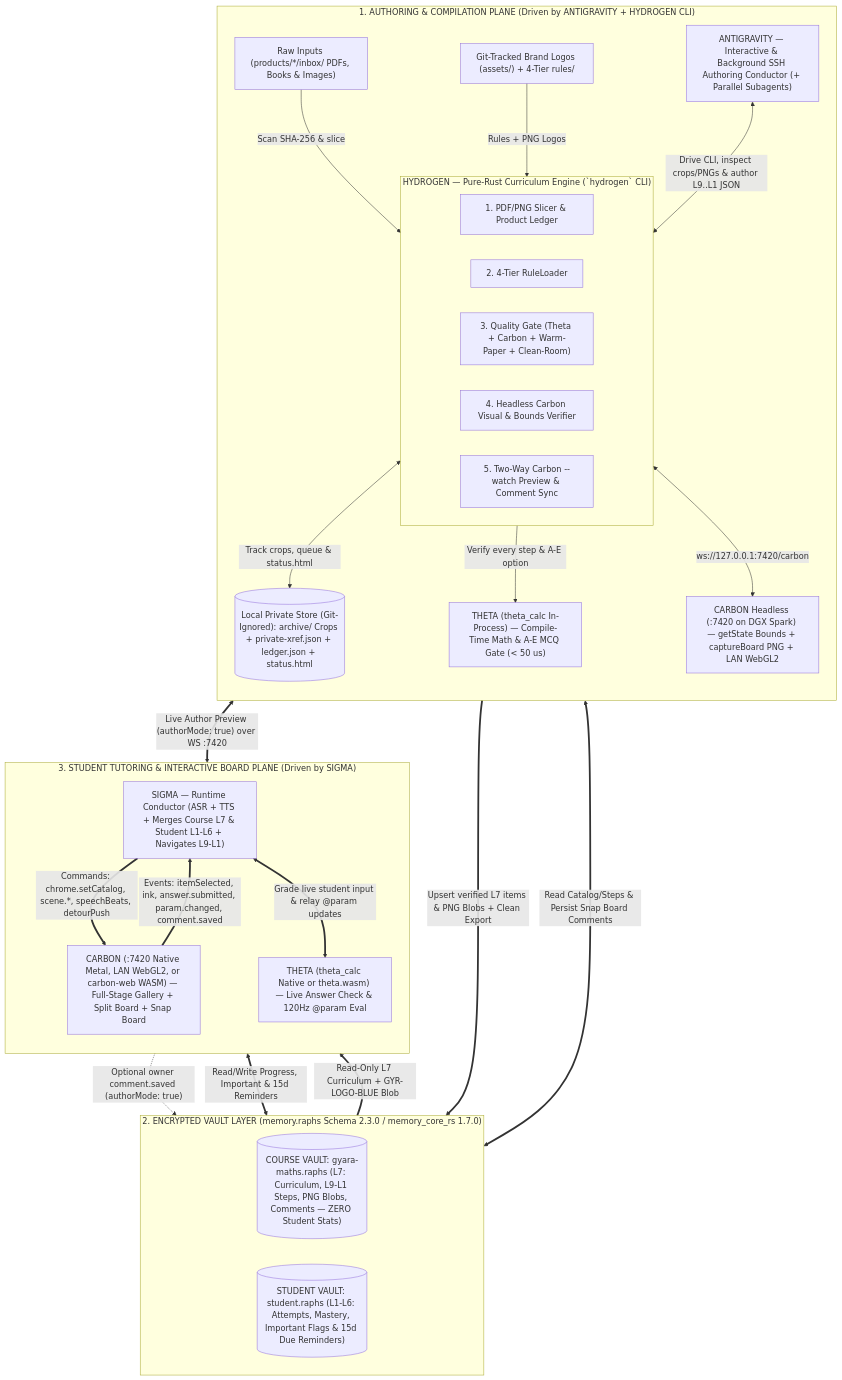
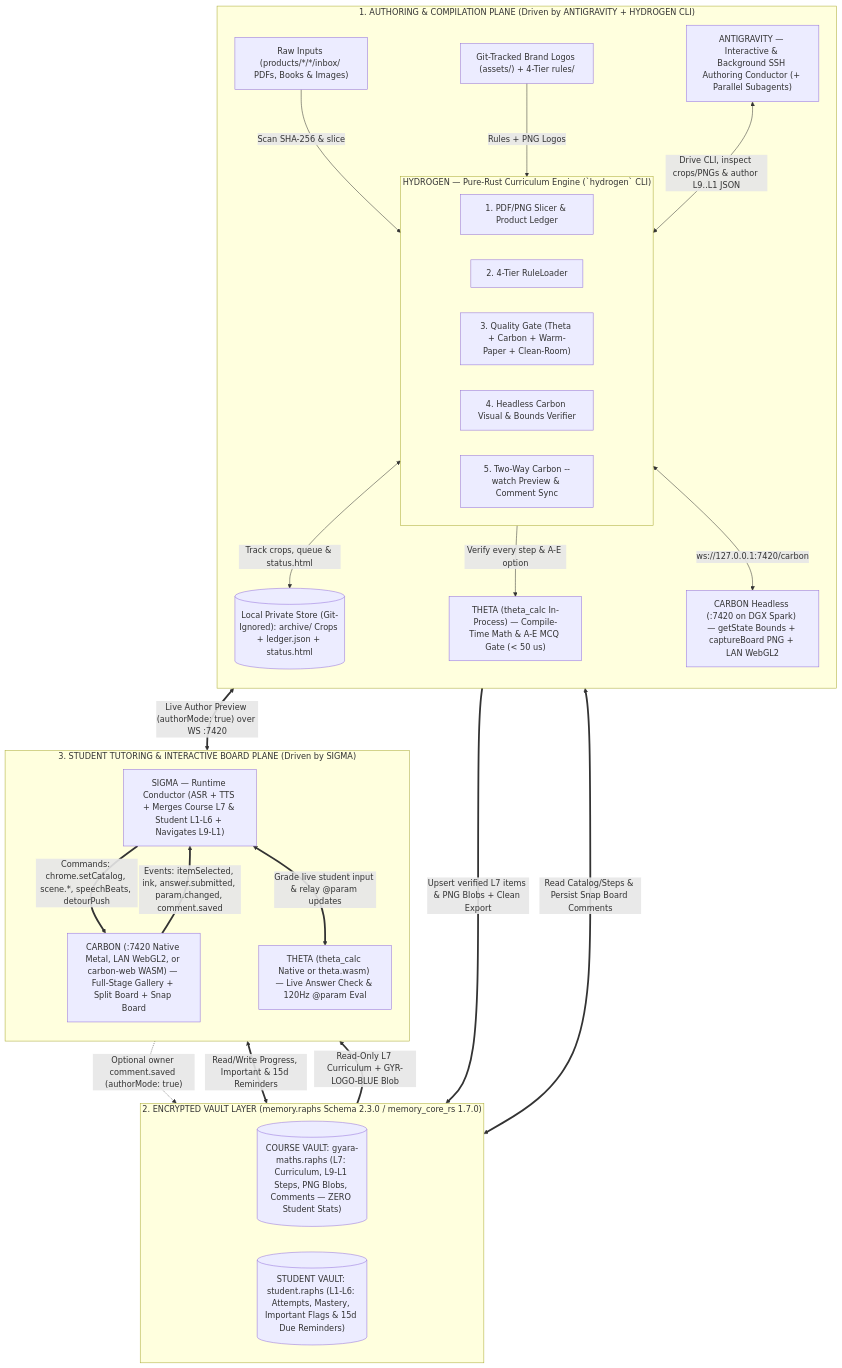
The first of 3 diagrams in docs/system-architecture.md (raphsaeed/hydrogen), drawn with Mermaid before and after one commit. The commit also changed other lines of this file and 22 other files, not shown here.

Commit message:
Complete Phase 3: unified sub-product ledger.json, status.html, two-way Carbon --watch & visual/media CLI

````diff
--- a/docs/system-architecture.md
+++ b/docs/system-architecture.md
@@ -53,53 +53,53 @@
 ```mermaid
 flowchart TB
     subgraph Plane1["1. AUTHORING & COMPILATION PLANE (Driven by ANTIGRAVITY + HYDROGEN CLI)"]
         direction TB
-        RawPapers["Raw Inputs (products/*/inbox/ PDFs, Books & Images)"]
+        RawPapers["Raw Inputs (products/*/*/inbox/ PDFs, Books & Images)"]
         ProductAssets["Git-Tracked Brand Logos (assets/) + 4-Tier rules/"]
-        PrivateStore[("Local Private Store (Git-Ignored): archive/ Crops + private-xref.json + ledger.json + status.html")]
+        PrivateStore[("Local Private Store (Git-Ignored): archive/ Crops + ledger.json + status.html")]
         Antigravity["ANTIGRAVITY — Interactive & Background SSH Authoring Conductor (+ Parallel Subagents)"]
 
         subgraph HydrogenBox["HYDROGEN — Pure-Rust Curriculum Engine (`hydrogen` CLI)"]
             direction LR
             H_Ingest["1. PDF/PNG Slicer & Product Ledger"]
             H_Rules["2. 4-Tier RuleLoader"]
             H_Gate["3. Quality Gate (Theta + Carbon + Warm-Paper + Clean-Room)"]
             H_Capture["4. Headless Carbon Visual & Bounds Verifier"]
             H_Watch["5. Two-Way Carbon --watch Preview & Comment Sync"]
         end
 
         ThetaCompile["THETA (theta_calc In-Process) — Compile-Time Math & A-E MCQ Gate (< 50 us)"]
         CarbonHeadless["CARBON Headless (:7420 on DGX Spark) — getState Bounds + captureBoard PNG + LAN WebGL2"]
 
         RawPapers -->|"Scan SHA-256 & slice"| H_Ingest
         ProductAssets -->|"Rules + PNG Logos"| H_Rules
         H_Ingest <-->|"Track crops, queue & status.html"| PrivateStore
         Antigravity <-->|"Drive CLI, inspect crops/PNGs & author L9..L1 JSON"| HydrogenBox
         H_Gate -->|"Verify every step & A-E option"| ThetaCompile
         H_Capture <-->|"ws://127.0.0.1:7420/carbon"| CarbonHeadless
     end
 
     subgraph VaultPlane["2. ENCRYPTED VAULT LAYER (memory.raphs Schema 2.3.0 / memory_core_rs 1.7.0)"]
         direction LR
         CourseVault[("COURSE VAULT: gyara-maths.raphs (L7: Curriculum, L9-L1 Steps, PNG Blobs, Comments — ZERO Student Stats)")]
         StudentVault[("STUDENT VAULT: student.raphs (L1-L6: Attempts, Mastery, Important Flags & 15d Due Reminders)")]
     end
 
     subgraph Plane3["3. STUDENT TUTORING & INTERACTIVE BOARD PLANE (Driven by SIGMA)"]
         direction TB
         Sigma["SIGMA — Runtime Conductor (ASR + TTS + Merges Course L7 & Student L1-L6 + Navigates L9-L1)"]
         ThetaRuntime["THETA (theta_calc Native or theta.wasm) — Live Answer Check & 120Hz @param Eval"]
         CarbonStage["CARBON (:7420 Native Metal, LAN WebGL2, or carbon-web WASM) — Full-Stage Gallery + Split Board + Snap Board"]
     end
 
     H_Gate ==>|"Upsert verified L7 items & PNG Blobs + Clean Export"| CourseVault
     H_Watch <==>|"Read Catalog/Steps & Persist Snap Board Comments"| CourseVault
     H_Watch <==>|"Live Author Preview (authorMode: true) over WS :7420"| CarbonStage
 
     CourseVault ==>|"Read-Only L7 Curriculum + GYR-LOGO-BLUE Blob"| Sigma
     Sigma -.->|"Optional owner comment.saved (authorMode: true)"| CourseVault
     Sigma <==>|"Read/Write Progress, Important & 15d Reminders"| StudentVault
     Sigma ==>|"Commands: chrome.setCatalog, scene.*, speechBeats, detourPush"| CarbonStage
     CarbonStage ==>|"Events: itemSelected, ink, answer.submitted, param.changed, comment.saved"| Sigma
     Sigma <==>|"Grade live student input & relay @param updates"| ThetaRuntime
 ```
````
